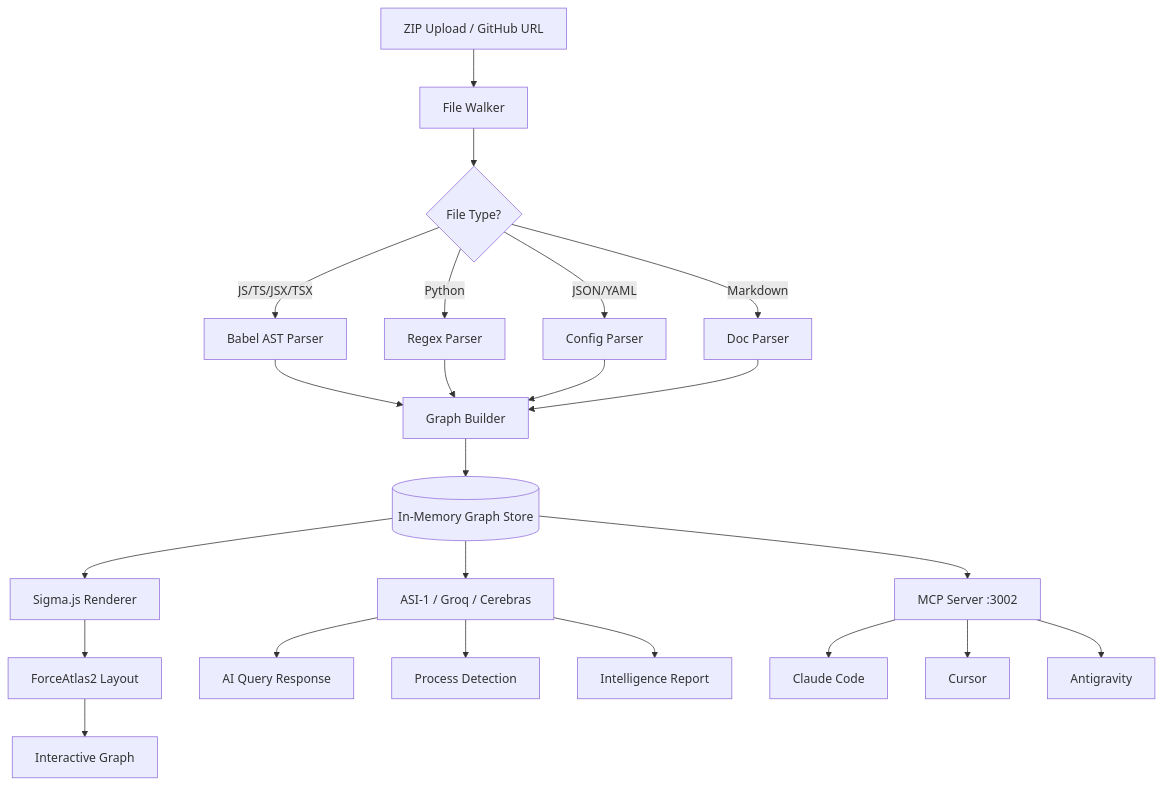
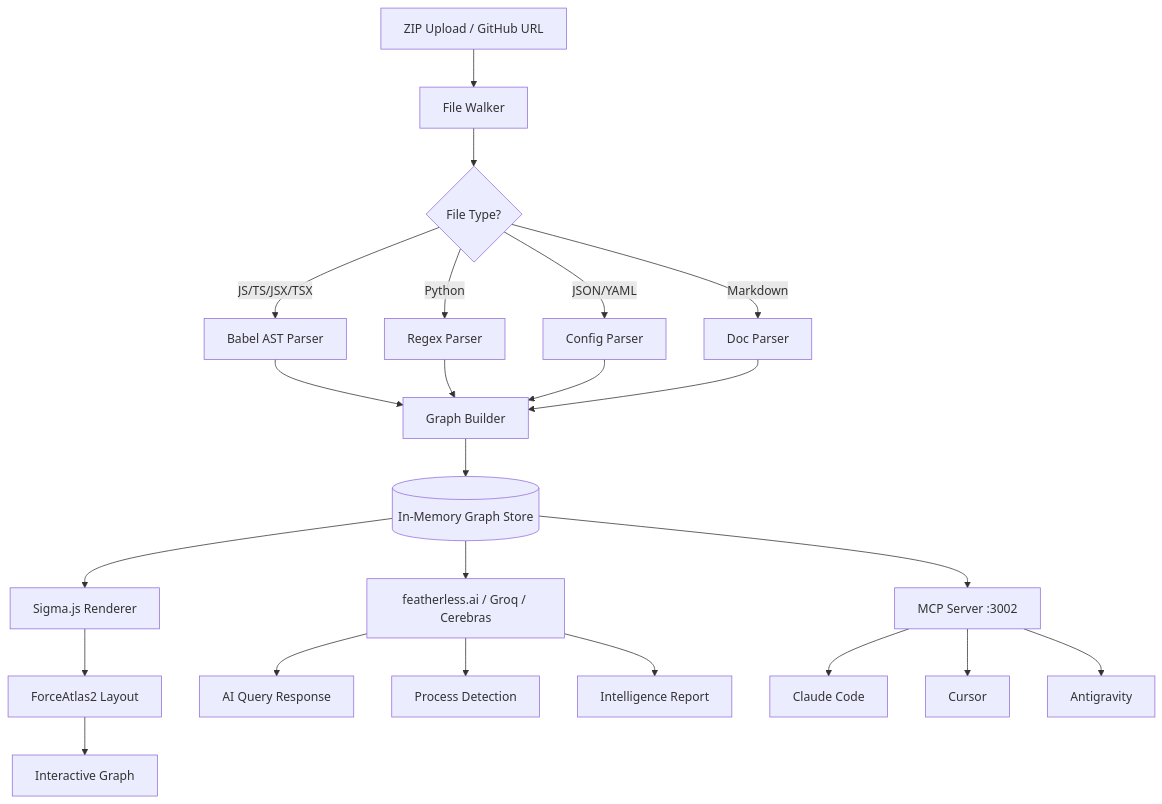
The first of 2 diagrams in README.md (LAZYGENIUS69/VECTRON), drawn with Mermaid before and after one commit. The commit also changed other lines of this file, not shown here.

Commit message:
docs: replace ASI branding with featherless in README

````diff
--- a/README.md
+++ b/README.md
@@ -177,25 +177,25 @@
 ```mermaid
 flowchart TD
     A[ZIP Upload / GitHub URL] --> B[File Walker]
     B --> C{File Type?}
     C -->|JS/TS/JSX/TSX| D[Babel AST Parser]
     C -->|Python| E[Regex Parser]
     C -->|JSON/YAML| F[Config Parser]
     C -->|Markdown| G[Doc Parser]
     D --> H[Graph Builder]
     E --> H
     F --> H
     G --> H
     H --> I[(In-Memory Graph Store)]
     I --> J[Sigma.js Renderer]
-    I --> K[ASI-1 / Groq / Cerebras]
+    I --> K[featherless.ai / Groq / Cerebras]
     I --> L[MCP Server :3002]
     J --> M[ForceAtlas2 Layout]
     M --> N[Interactive Graph]
     K --> O[AI Query Response]
     K --> P[Process Detection]
     K --> Q[Intelligence Report]
     L --> R[Claude Code]
     L --> S[Cursor]
     L --> T[Antigravity]
 ```
````
